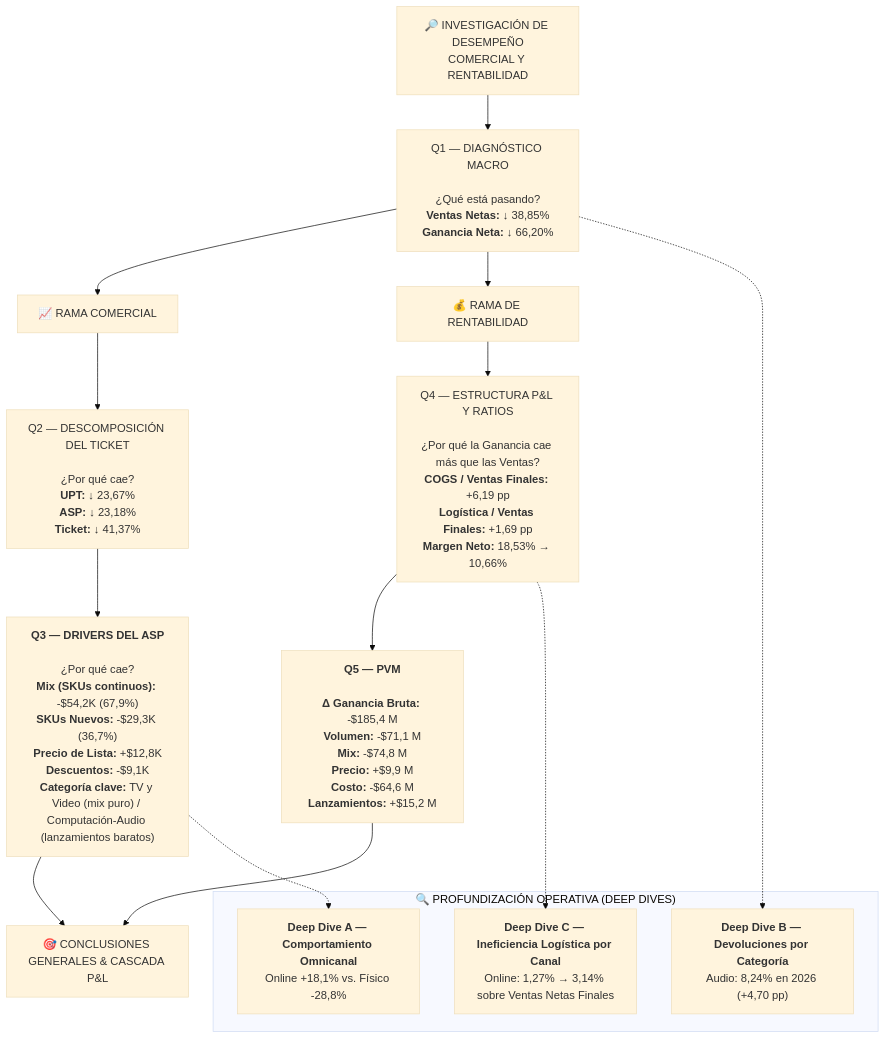
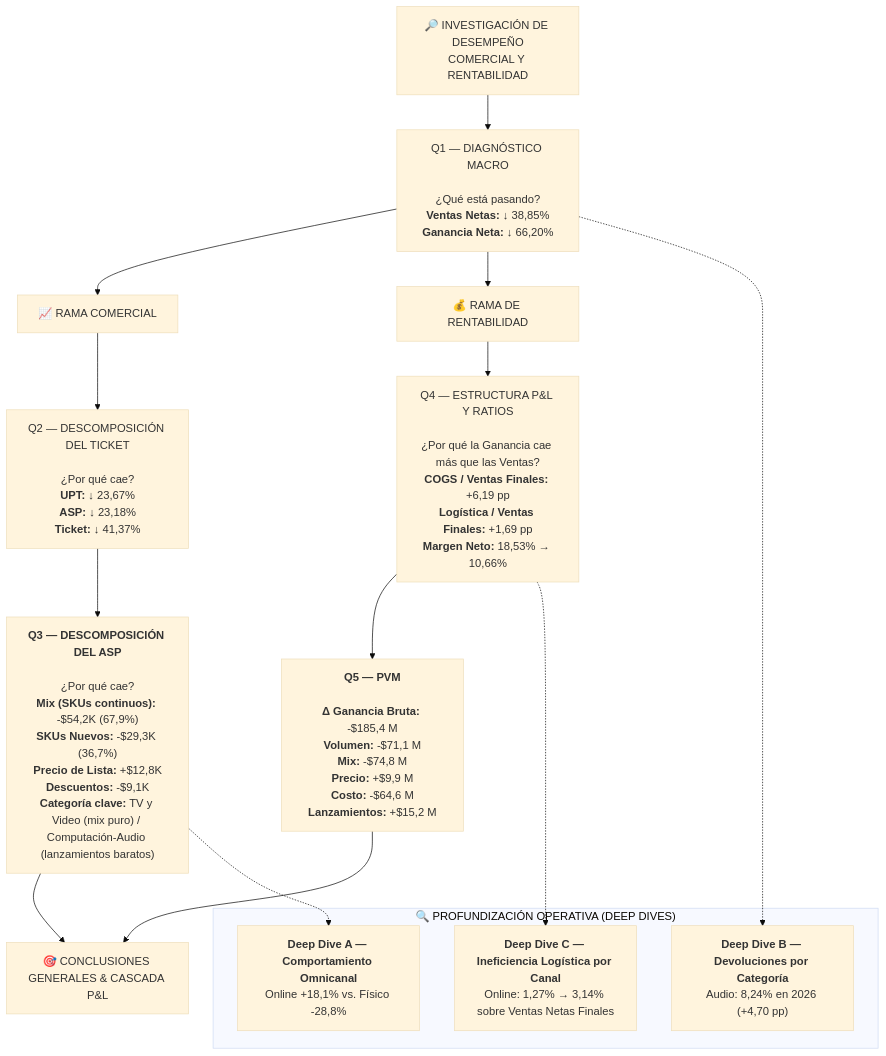
Before and after one commit to manticafacundoelian/dbt_elt_analytics: the diagram in sql_business_analysis/README.md, drawn with Mermaid (base theme). The commit also changed other lines of this file, not shown here.

````diff
--- a/sql_business_analysis/README.md
+++ b/sql_business_analysis/README.md
@@ -21,32 +21,32 @@
 ```mermaid
 flowchart TD
     A["🔎 INVESTIGACIÓN DE DESEMPEÑO<br/>COMERCIAL Y RENTABILIDAD"]
 
     A --> B["Q1 — DIAGNÓSTICO MACRO<br/><br/>¿Qué está pasando?<br/><b>Ventas Netas:</b> ↓ 38,85%<br/><b>Ganancia Neta:</b> ↓ 66,20%"]
 
     B --> C["📈 RAMA COMERCIAL"]
     B --> D["💰 RAMA DE RENTABILIDAD"]
 
     C --> C1["Q2 — DESCOMPOSICIÓN DEL TICKET<br/><br/>¿Por qué cae?<br/><b>UPT:</b> ↓ 23,67%<br/><b>ASP:</b> ↓ 23,18%<br/><b>Ticket:</b> ↓ 41,37%"]
 
-    C1 --> C2["<b>Q3 — DRIVERS DEL ASP</b><br/><br/>¿Por qué cae?<br/><b>Mix (SKUs continuos):</b> -$54,2K (67,9%)<br/><b>SKUs Nuevos:</b> -$29,3K (36,7%)<br/><b>Precio de Lista:</b> +$12,8K<br/><b>Descuentos:</b> -$9,1K<br/><b>Categoría clave:</b> TV y Video (mix puro) / Computación-Audio (lanzamientos baratos)"]
+    C1 --> C2["<b>Q3 — DESCOMPOSICIÓN DEL ASP</b><br/><br/>¿Por qué cae?<br/><b>Mix (SKUs continuos):</b> -$54,2K (67,9%)<br/><b>SKUs Nuevos:</b> -$29,3K (36,7%)<br/><b>Precio de Lista:</b> +$12,8K<br/><b>Descuentos:</b> -$9,1K<br/><b>Categoría clave:</b> TV y Video (mix puro) / Computación-Audio (lanzamientos baratos)"]
 
     D --> D1["Q4 — ESTRUCTURA P&L Y RATIOS<br/><br/>¿Por qué la Ganancia cae más que las Ventas?<br/><b>COGS / Ventas Finales:</b> +6,19 pp<br/><b>Logística / Ventas Finales:</b> +1,69 pp<br/><b>Margen Neto:</b> 18,53% → 10,66%"]
 
     D1 --> D2["<b>Q5 — PVM</b><br/><br/><b>Δ Ganancia Bruta:</b> -$185,4 M<br/><b>Volumen:</b> -$71,1 M<br/><b>Mix:</b> -$74,8 M<br/><b>Precio:</b> +$9,9 M<br/><b>Costo:</b> -$64,6 M<br/><b>Lanzamientos:</b> +$15,2 M"]
 
     C2 --> E["🎯 CONCLUSIONES GENERALES & CASCADA P&L"]
     D2 --> E
 
     subgraph DEEP_DIVES ["🔍 PROFUNDIZACIÓN OPERATIVA (DEEP DIVES)"]
         DDA["<b>Deep Dive A — Comportamiento Omnicanal</b><br/>Online +18,1% vs. Físico -28,8%"]
 
         DDB["<b>Deep Dive B — Devoluciones por Categoría</b><br/>Audio: 8,24% en 2026 (+4,70 pp)"]
  
         DDC["<b>Deep Dive C — Ineficiencia Logística por Canal</b><br/>Online: 1,27% → 3,14% sobre Ventas Netas Finales"]
     end
 
     C2 -.-> DDA
     B -.-> DDB
     D1 -.-> DDC
 ```
````
